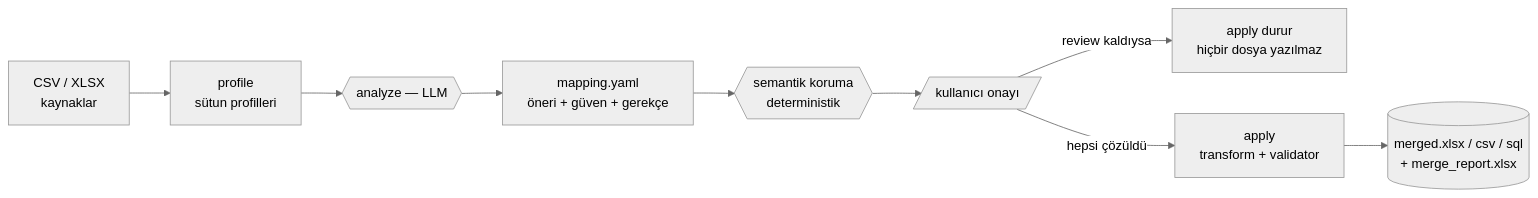
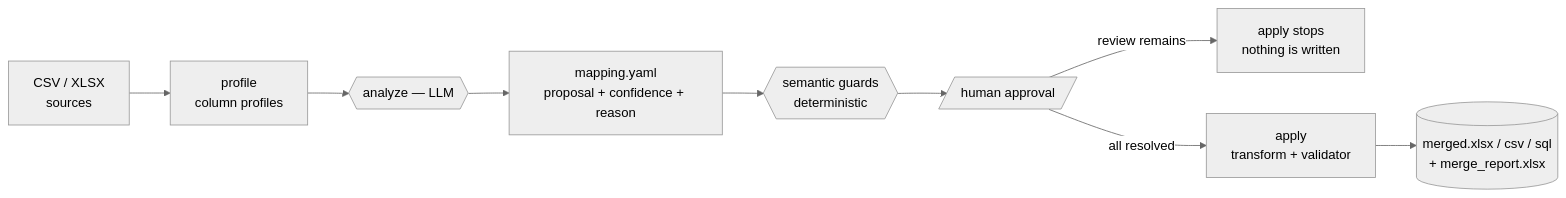
Before and after one commit to Ediz-Ural/Schema_Merger: the diagram in README.md, drawn with Mermaid (neutral theme). The commit also changed other lines of this file, not shown here.

````diff
--- a/README.md
+++ b/README.md
@@ -106,11 +109,11 @@
 ```mermaid
 flowchart LR
-    A[CSV / XLSX<br/>kaynaklar] --> B[profile<br/>sütun profilleri]
+    A[CSV / XLSX<br/>sources] --> B[profile<br/>column profiles]
     B --> C{{"analyze — LLM"}}
-    C --> D[mapping.yaml<br/>öneri + güven + gerekçe]
-    D --> E{{"semantik koruma<br/>deterministik"}}
-    E --> F[/kullanıcı onayı/]
-    F -->|review kaldıysa| G[apply durur<br/>hiçbir dosya yazılmaz]
-    F -->|hepsi çözüldü| H[apply<br/>transform + validator]
+    C --> D[mapping.yaml<br/>proposal + confidence + reason]
+    D --> E{{"semantic guards<br/>deterministic"}}
+    E --> F[/human approval/]
+    F -->|review remains| G[apply stops<br/>nothing is written]
+    F -->|all resolved| H[apply<br/>transform + validator]
     H --> I[(merged.xlsx / csv / sql<br/>+ merge_report.xlsx)]
 ```
````
